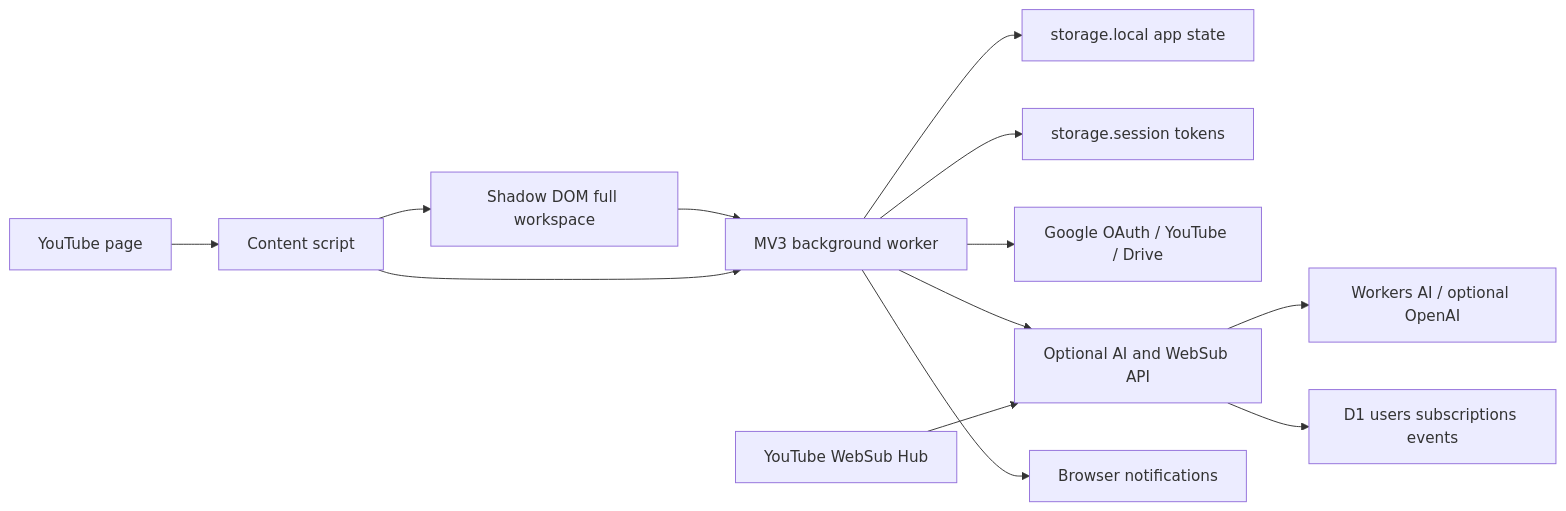
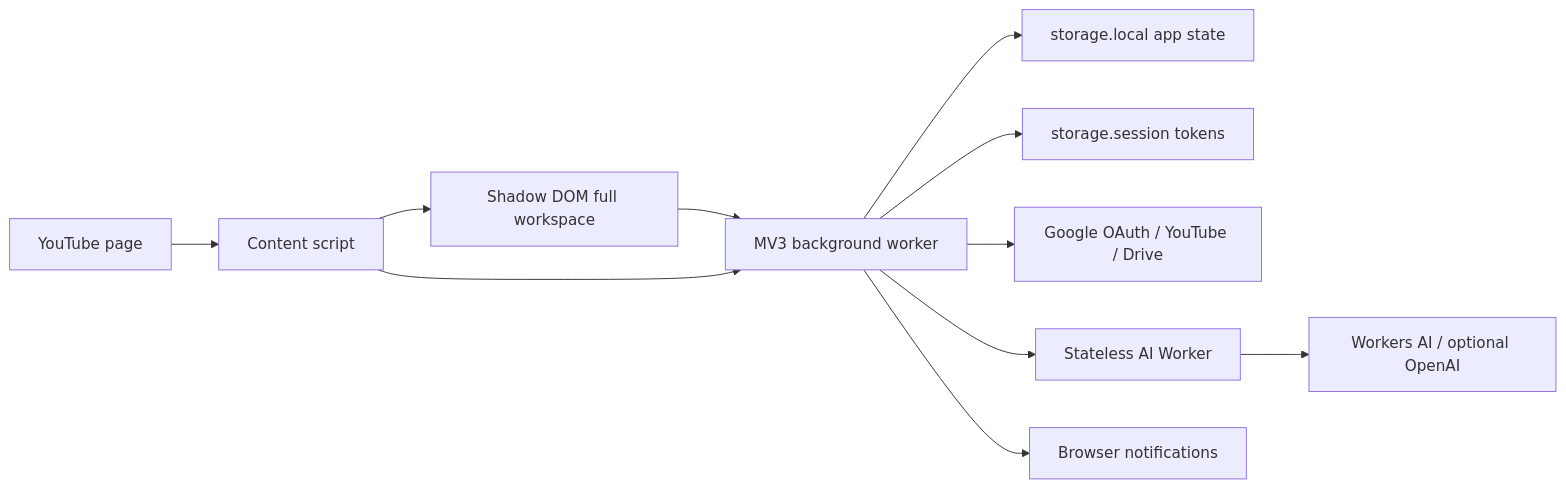
One commit to tvqqq/yutupe changed the diagram in docs/ARCHITECTURE.md. Above: the diagram before and after it, drawn with Mermaid. The commit also changed other lines of this file and 14 other files, not shown here.

First line of the commit message:
Refactor cloud backend to stateless AI Worker

````diff
--- a/docs/ARCHITECTURE.md
+++ b/docs/ARCHITECTURE.md
@@ -3,15 +3,13 @@
 ```mermaid
 flowchart LR
   Y[YouTube page] --> C[Content script]
   C --> W[Shadow DOM full workspace]
   W --> B[MV3 background worker]
   C --> B
   B --> L[storage.local app state]
   B --> S[storage.session tokens]
   B --> G[Google OAuth / YouTube / Drive]
-  B --> API[Optional AI and WebSub API]
+  B --> API[Stateless AI Worker]
   B --> N[Browser notifications]
   API --> O[Workers AI / optional OpenAI]
-  API --> D[D1 users subscriptions events]
-  H[YouTube WebSub Hub] --> API
 ```
````
